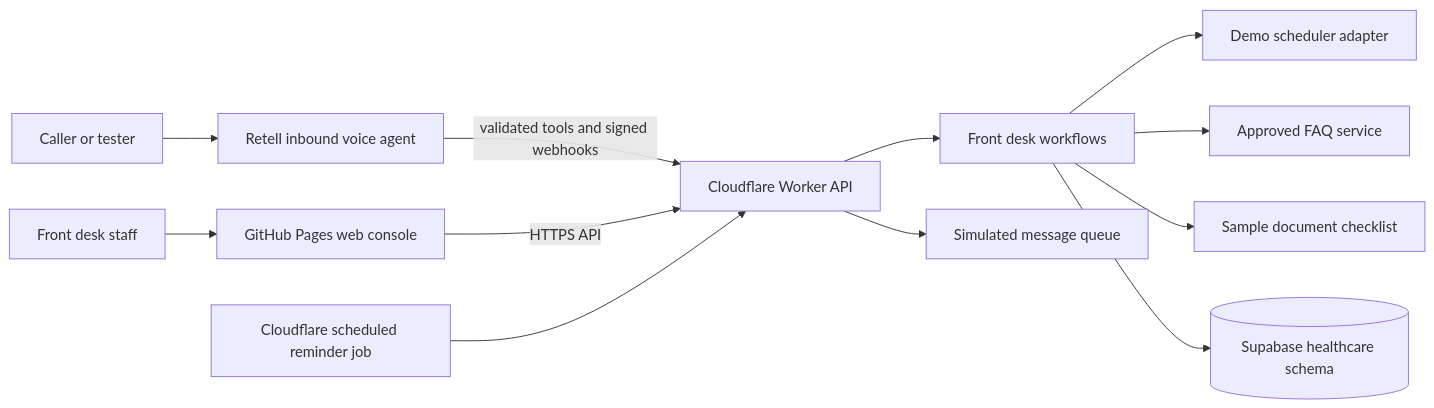
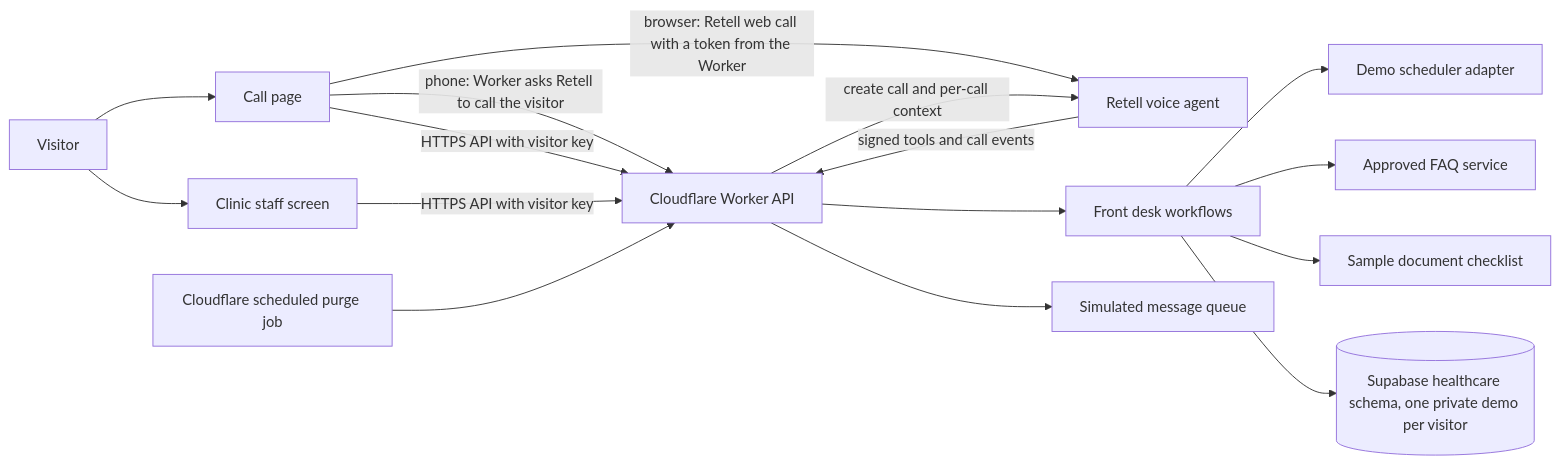
One commit to parshvak26/ai-healthcare-front-desk changed the diagram in docs/ARCHITECTURE.md. Above: the diagram before and after it, drawn with Mermaid. The commit also changed other lines of this file and 59 other files, not shown here.

First line of the commit message:
Add the "Talk to the AI" call page with private demos per visitor

````diff
--- a/docs/ARCHITECTURE.md
+++ b/docs/ARCHITECTURE.md
@@ -24,14 +35,18 @@
 ```mermaid
 flowchart LR
-  P[Caller or tester] --> TEL[Retell inbound voice agent]
-  TEL -->|validated tools and signed webhooks| W[Cloudflare Worker API]
-  UI[GitHub Pages web console] -->|HTTPS API| W
-  CRON[Cloudflare scheduled reminder job] --> W
+  P[Visitor] --> CALL[Call page]
+  P --> UI[Clinic staff screen]
+  CALL -->|"phone: Worker asks Retell to call the visitor"| W
+  CALL -->|"browser: Retell web call with a token from the Worker"| TEL
+  W -->|"create call and per-call context"| TEL[Retell voice agent]
+  TEL -->|"signed tools and call events"| W[Cloudflare Worker API]
+  CALL -->|"HTTPS API with visitor key"| W
+  UI -->|"HTTPS API with visitor key"| W
+  CRON[Cloudflare scheduled purge job] --> W
   W --> SVC[Front desk workflows]
   SVC --> SCH[Demo scheduler adapter]
   SVC --> FAQ[Approved FAQ service]
   SVC --> DOC[Sample document checklist]
-  SVC --> DB[(Supabase healthcare schema)]
+  SVC --> DB[("Supabase healthcare schema, one private demo per visitor")]
   W --> MSG[Simulated message queue]
-  STAFF[Front desk staff] --> UI
 ```
````
